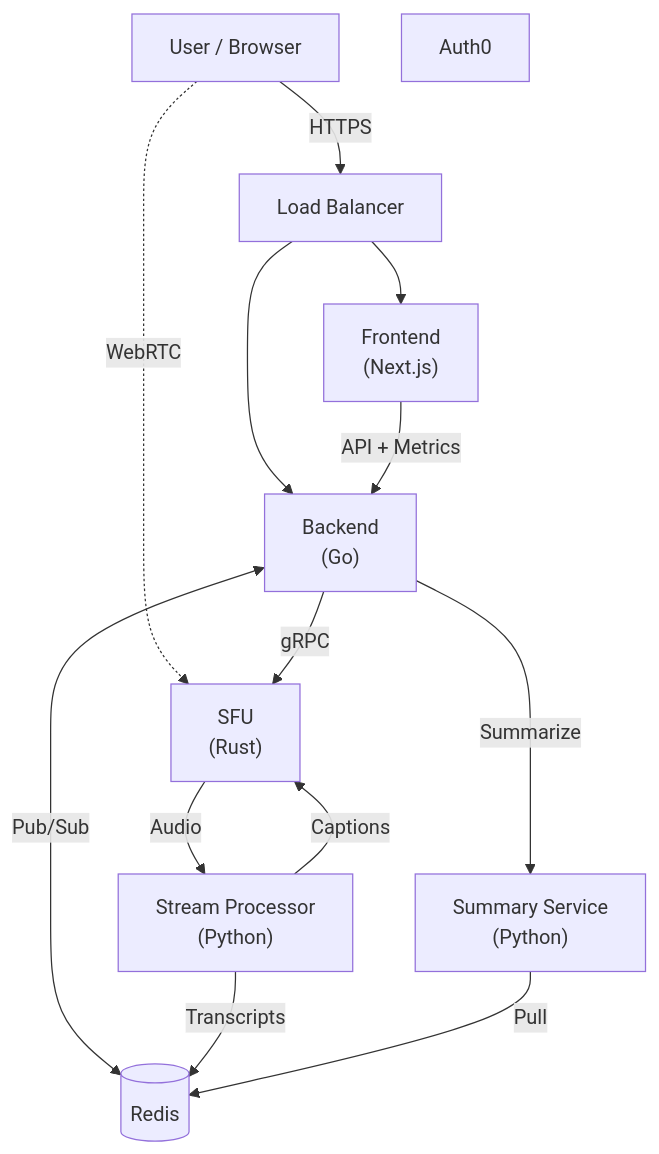
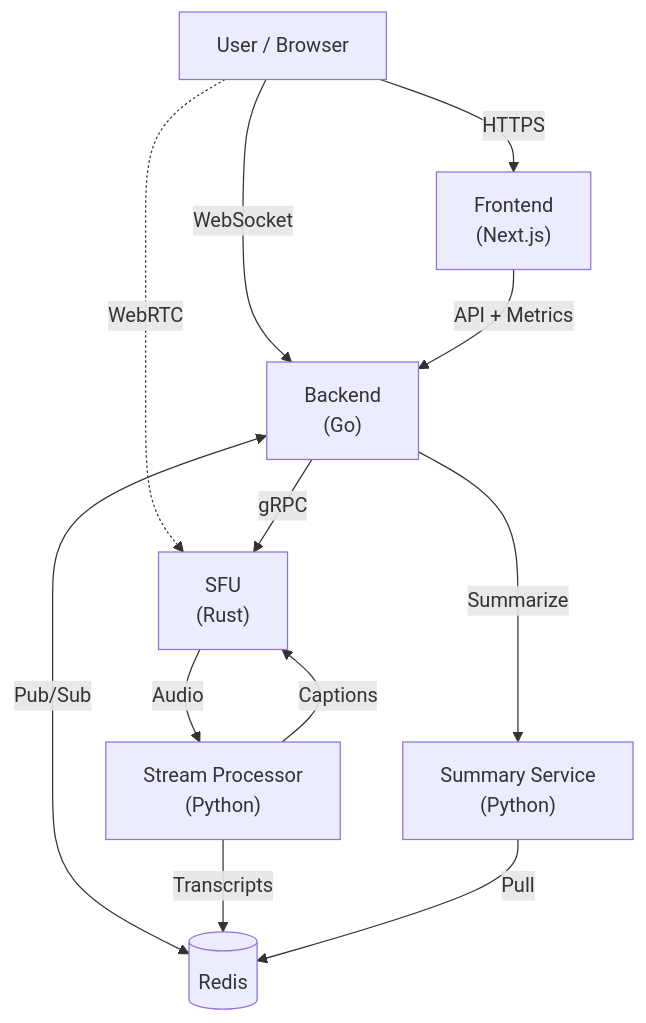
Before and after one commit to RoseWrightdev/Video-Conferencing: the diagram in README.md, drawn with Mermaid.

Commit message:
docs: Simplify the architecture diagram by removing Auth0 and Load Balancer components, and updating user connection flows.

````diff
--- a/README.md
+++ b/README.md
@@ -13,27 +13,24 @@
 ```mermaid
 graph TD
     User["User / Browser"]
-    Auth0["Auth0"]
-    LB["Load Balancer"]
     
     FE["Frontend<br/>(Next.js)"]
     BE["Backend<br/>(Go)"]
     SFU["SFU<br/>(Rust)"]
     CC["Stream Processor<br/>(Python)"]
     Sum["Summary Service<br/>(Python)"]
     Redis[("Redis")]
 
-    User -->|HTTPS| LB
+    User -->|HTTPS| FE
+    User -->|WebSocket| BE
     User -.->|WebRTC| SFU
-    LB --> FE
-    LB --> BE
     
     FE -->|API + Metrics| BE
     BE -->|gRPC| SFU
     BE <-->|Pub/Sub| Redis
     SFU -->|Audio| CC
     CC -->|Captions| SFU
     CC -->|Transcripts| Redis
     BE -->|Summarize| Sum
     Sum -->|Pull| Redis
 ```
````
